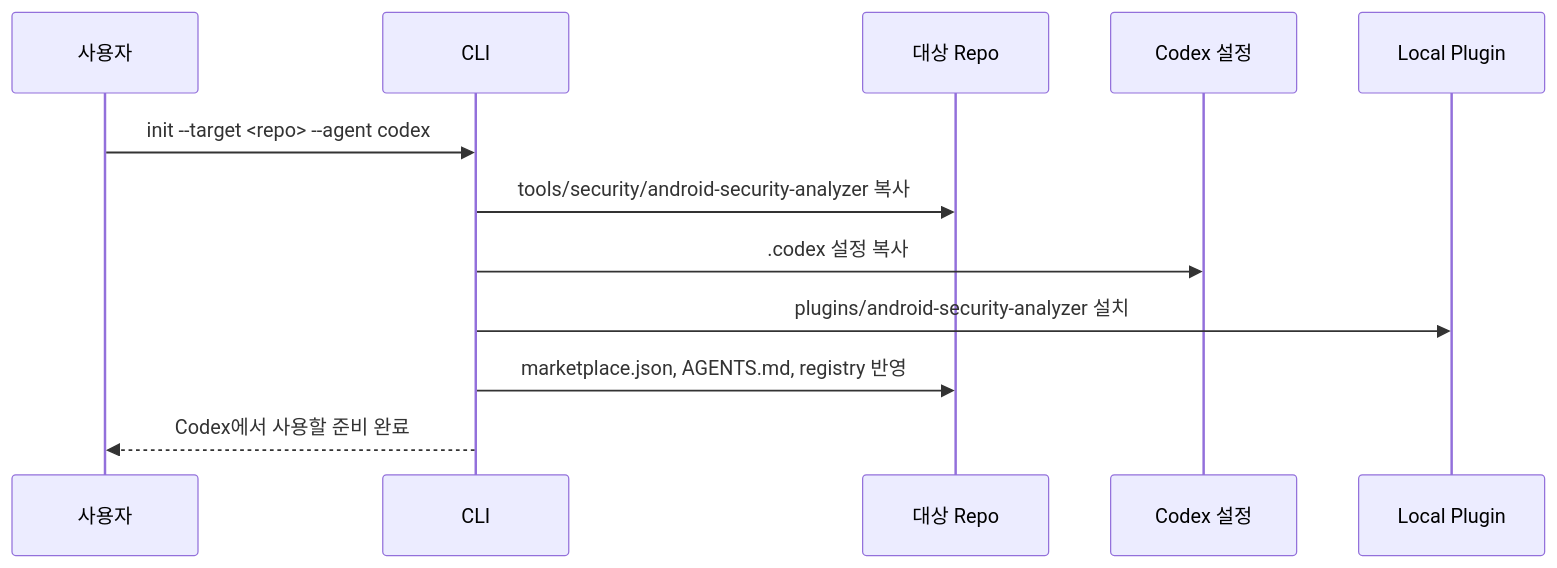
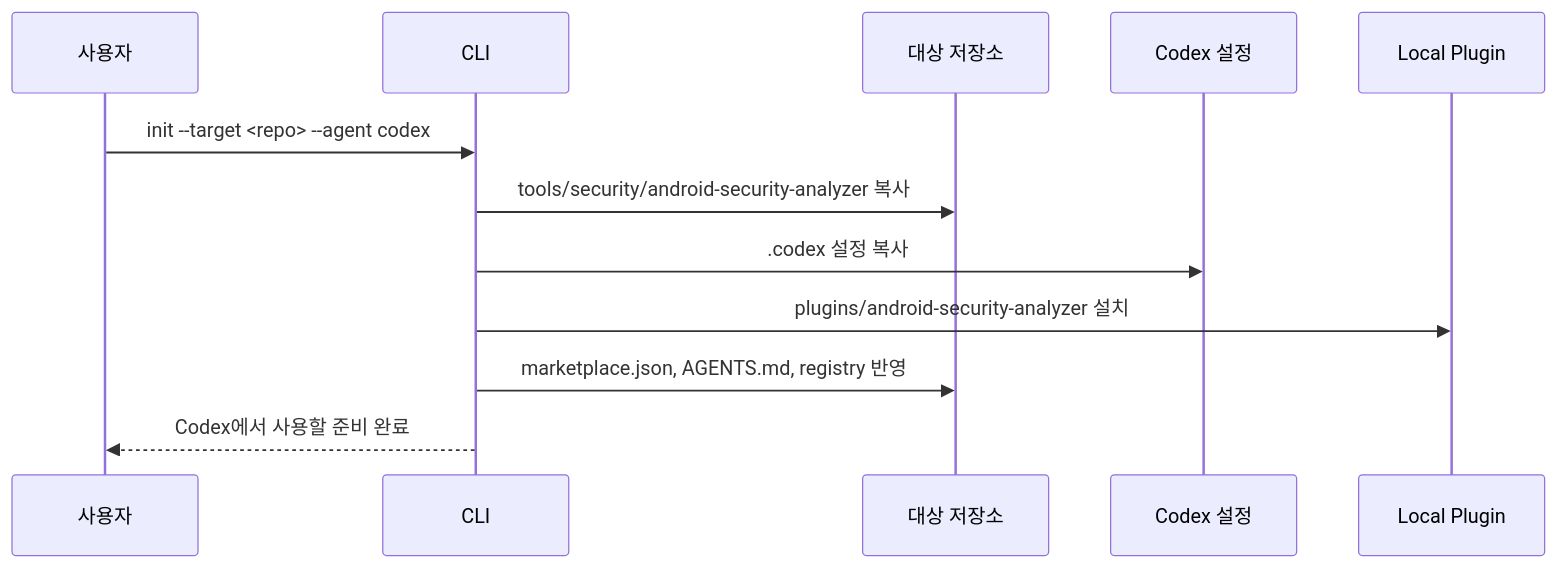
One commit to koalav/present-anyything changed the fifth of 19 diagrams in content/decks/codex-deeplink-audit-guide/source.md. Above: the diagram before and after it, drawn with Mermaid. The commit also changed other lines of this file and 26 other files, not shown here.

````diff
--- a/content/decks/codex-deeplink-audit-guide/source.md
+++ b/content/decks/codex-deeplink-audit-guide/source.md
@@ -102,15 +102,15 @@
 ```mermaid
 sequenceDiagram
     participant User as 사용자
     participant CLI as CLI
-    participant Repo as 대상 Repo
+    participant Repo as 대상 저장소
     participant Codex as Codex 설정
     participant Plugin as Local Plugin
 
     User->>CLI: init --target <repo> --agent codex
     CLI->>Repo: tools/security/android-security-analyzer 복사
     CLI->>Codex: .codex 설정 복사
     CLI->>Plugin: plugins/android-security-analyzer 설치
     CLI->>Repo: marketplace.json, AGENTS.md, registry 반영
     CLI-->>User: Codex에서 사용할 준비 완료
 ```
````
